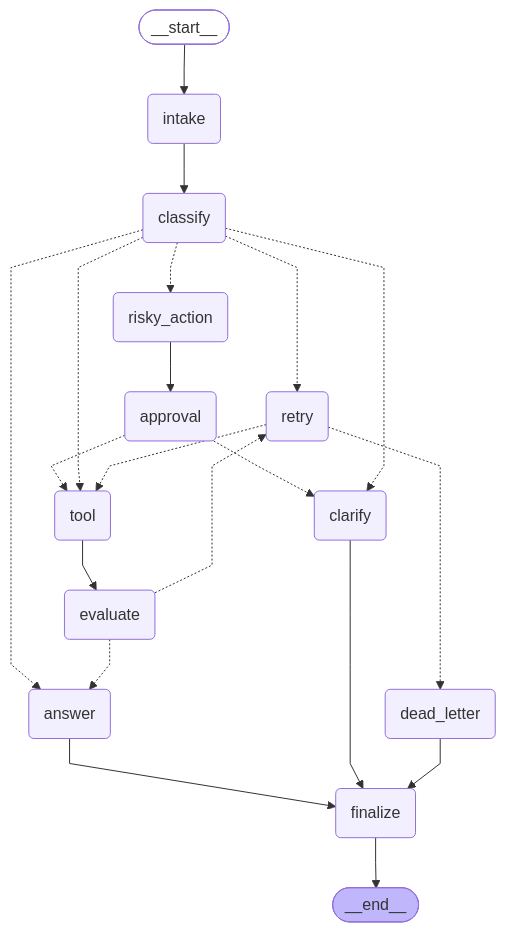
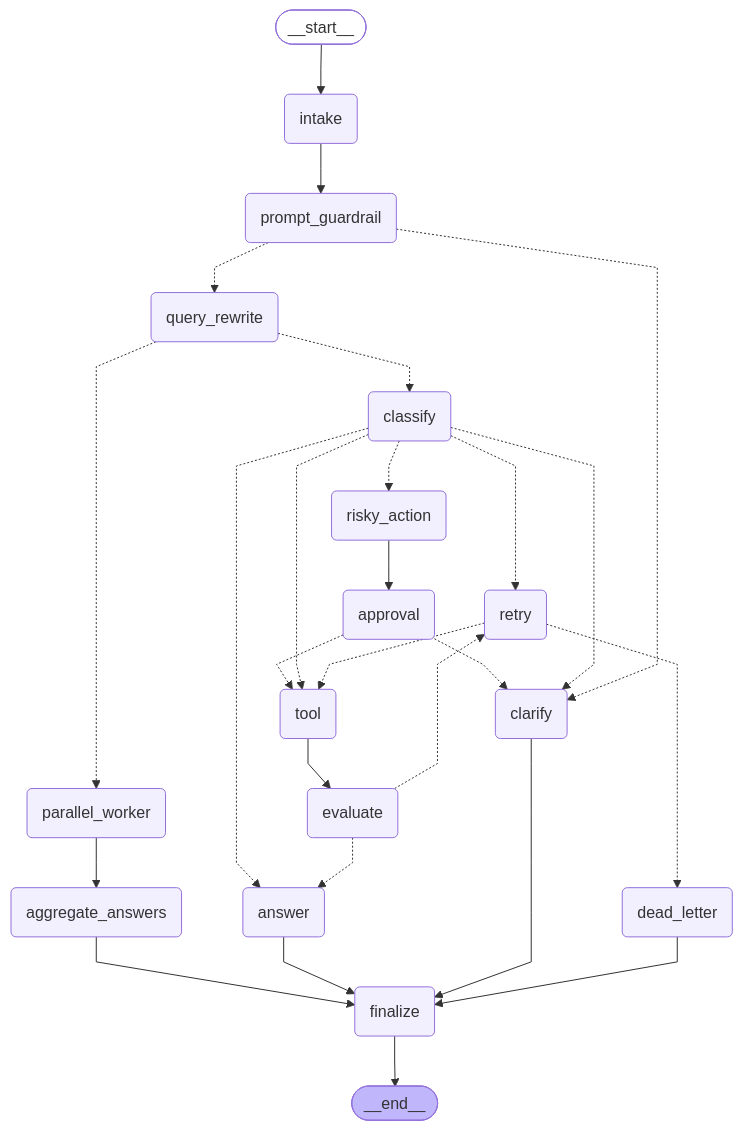
Before and after one commit to Lolavine777/Track3-DAY23-NguyenDangLong-2A202601934: the diagram in outputs/graph_mermaid.md, drawn with Mermaid. The commit also changed other lines of this file and 7 other files, not shown here.

````diff
--- a/outputs/graph_mermaid.md
+++ b/outputs/graph_mermaid.md
@@ -3,44 +3,54 @@
 ```mermaid
 ---
 config:
   flowchart:
     curve: linear
 ---
 graph TD;
 	__start__([<p>__start__</p>]):::first
 	intake(intake)
+	prompt_guardrail(prompt_guardrail)
+	query_rewrite(query_rewrite)
+	parallel_worker(parallel_worker)
+	aggregate_answers(aggregate_answers)
 	classify(classify)
 	answer(answer)
 	tool(tool)
 	evaluate(evaluate)
 	clarify(clarify)
 	risky_action(risky_action)
 	approval(approval)
 	retry(retry)
 	dead_letter(dead_letter)
 	finalize(finalize)
 	__end__([<p>__end__</p>]):::last
 	__start__ --> intake;
+	aggregate_answers --> finalize;
 	answer --> finalize;
 	approval -.-> clarify;
 	approval -.-> tool;
 	clarify --> finalize;
 	classify -.-> answer;
 	classify -.-> clarify;
 	classify -.-> retry;
 	classify -.-> risky_action;
 	classify -.-> tool;
 	dead_letter --> finalize;
 	evaluate -.-> answer;
 	evaluate -.-> retry;
-	intake --> classify;
+	intake --> prompt_guardrail;
+	parallel_worker --> aggregate_answers;
+	prompt_guardrail -.-> clarify;
+	prompt_guardrail -.-> query_rewrite;
+	query_rewrite -.-> classify;
+	query_rewrite -.-> parallel_worker;
 	retry -.-> dead_letter;
 	retry -.-> tool;
 	risky_action --> approval;
 	tool --> evaluate;
 	finalize --> __end__;
 	classDef default fill:#f2f0ff,line-height:1.2
 	classDef first fill-opacity:0
 	classDef last fill:#bfb6fc
 
 ```
````
